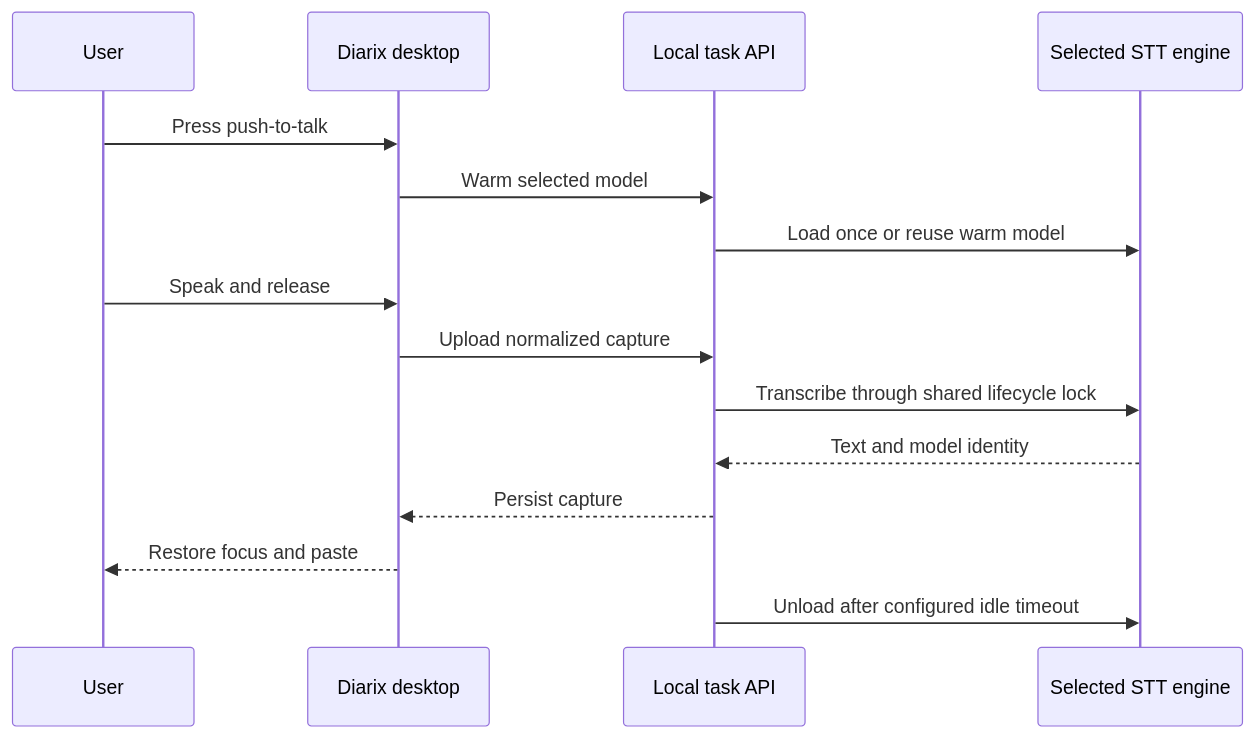
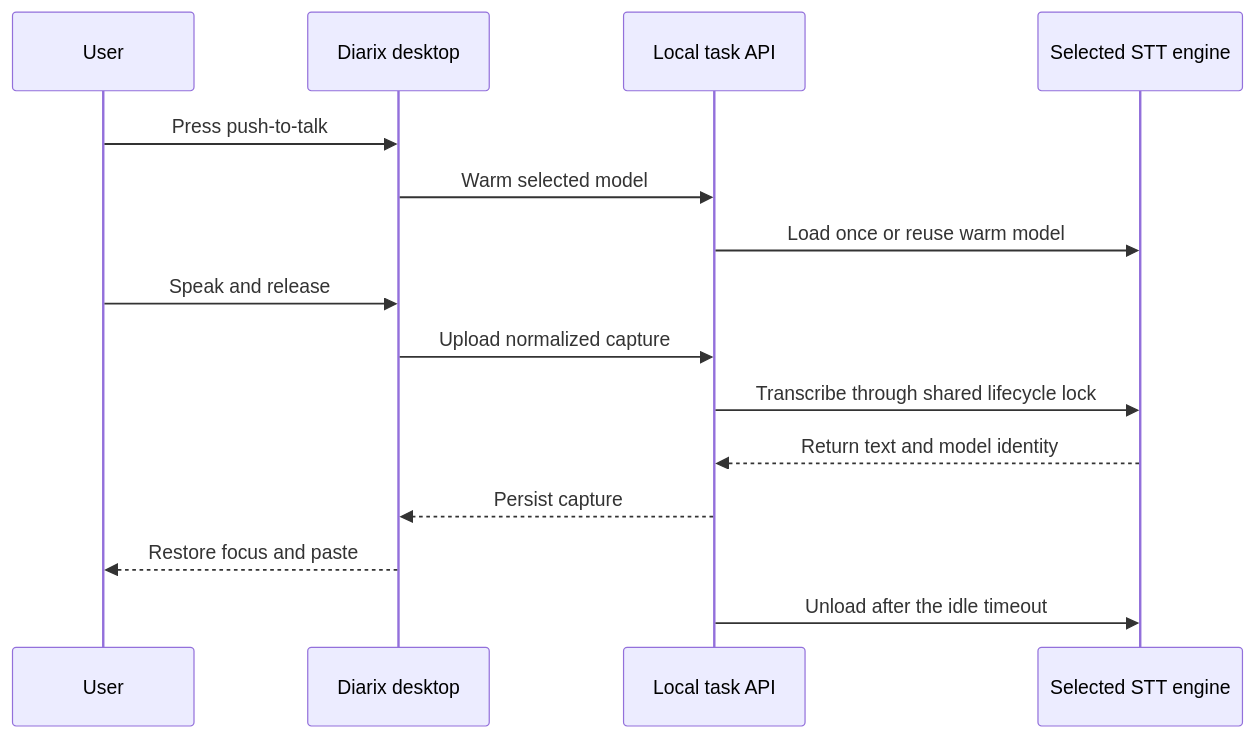
One commit to Yannam-Builds/Diarix changed the first of 2 diagrams in README.md. Above: the diagram before and after it, drawn with Mermaid. The commit also changed other lines of this file and 5 other files, not shown here.

````diff
--- a/README.md
+++ b/README.md
@@ -75,18 +92,18 @@
 ```mermaid
 sequenceDiagram
     participant User
-    participant Tauri as Diarix desktop
+    participant Desktop as Diarix desktop
     participant API as Local task API
     participant STT as Selected STT engine
 
-    User->>Tauri: Press push-to-talk
-    Tauri->>API: Warm selected model
+    User->>Desktop: Press push-to-talk
+    Desktop->>API: Warm selected model
     API->>STT: Load once or reuse warm model
-    User->>Tauri: Speak and release
-    Tauri->>API: Upload normalized capture
+    User->>Desktop: Speak and release
+    Desktop->>API: Upload normalized capture
     API->>STT: Transcribe through shared lifecycle lock
-    STT-->>API: Text and model identity
-    API-->>Tauri: Persist capture
-    Tauri-->>User: Restore focus and paste
-    API->>STT: Unload after configured idle timeout
+    STT-->>API: Return text and model identity
+    API-->>Desktop: Persist capture
+    Desktop-->>User: Restore focus and paste
+    API->>STT: Unload after the idle timeout
 ```
````
